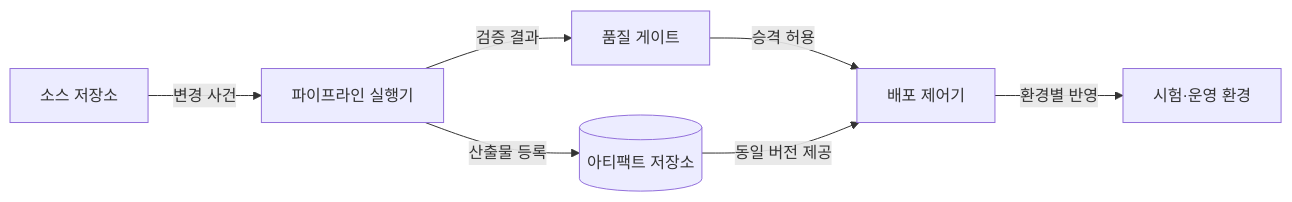
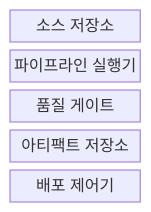
One commit to agnusdei1207/knowledge-base changed the first of 2 diagrams in src/content/docs/notes/03-software/053_ci_cd_pipeline.md. Above: the diagram before and after it, drawn with Mermaid. The commit also changed other lines of this file and 20 other files, not shown here.

````diff
--- a/src/content/docs/notes/03-software/053_ci_cd_pipeline.md
+++ b/src/content/docs/notes/03-software/053_ci_cd_pipeline.md
@@ -59,9 +57,9 @@
 ```mermaid
-flowchart LR
-    S[소스 저장소] -->|변경 사건| R[파이프라인 실행기]
-    R -->|검증 결과| Q[품질 게이트]
-    R -->|산출물 등록| A[(아티팩트 저장소)]
-    Q -->|승격 허용| D[배포 제어기]
-    A -->|동일 버전 제공| D
-    D -->|환경별 반영| E[시험·운영 환경]
+block
+  columns 1
+  S["소스 저장소"]
+  R["파이프라인 실행기"]
+  Q["품질 게이트"]
+  A["아티팩트 저장소"]
+  D["배포 제어기"]
 ```
````
